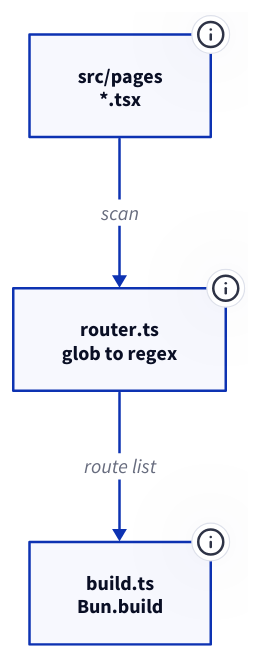
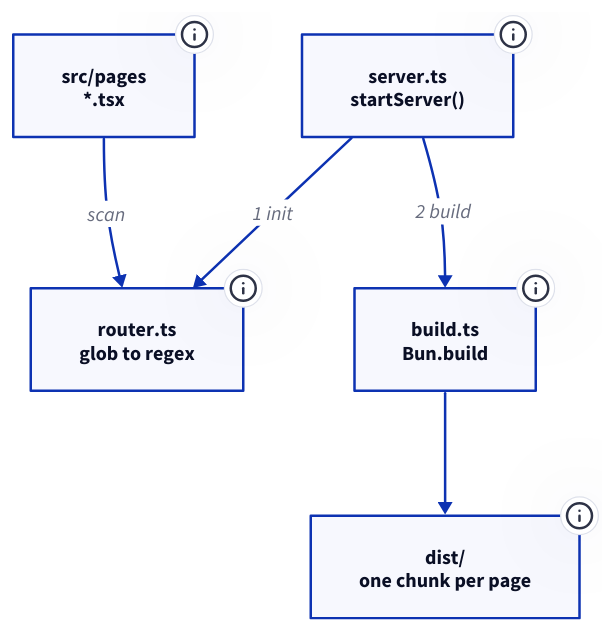
One commit to kunalgoesbyken/portfoliov1 changed the diagram in data/projects/diagrams/un-nexted-routes.d2. Above: the diagram before and after it, drawn with D2. The commit also changed 50 other files, not shown here.

First line of the commit message:
Fill the column with every architecture diagram

```diff
--- a/data/projects/diagrams/un-nexted-routes.d2
+++ b/data/projects/diagrams/un-nexted-routes.d2
@@ -1,17 +1,29 @@
 pages: src/pages\n*.tsx {
   class: store
   tooltip: "The app code. index.tsx is /, about.tsx is /about and blog/[slug].tsx is a dynamic route. _app.tsx, _document.tsx and nested files that start with an underscore are skipped."
+}
+
+server: server.ts\nstartServer() {
+  class: client
+  tooltip: "Runs once when the server starts. It initialises the router first, then calls buildClient(), so routes and client chunks are ready before the first request."
 }
 
 router: router.ts\nglob to regex {
   class: service
   tooltip: "Bun.Glob scans src/pages once at startup. Each file becomes a URL pattern compiled to a regular expression with a capture group per [param], and match() returns the first route that fits along with its params."
 }
 
 build: build.ts\nBun.build {
   class: service
   tooltip: "Bundles client.tsx for the browser as ES modules with code splitting. A plugin supplies the virtual module unnexted:pages, a map from each page's file path to a literal import(), so every page becomes its own chunk in dist/. It runs at every server start."
 }
 
+dist: dist/\none chunk per page {
+  class: store
+  tooltip: "The bundle Bun.build writes: client.tsx as ES modules plus one chunk per page, split by the literal import() calls in unnexted:pages."
+}
+
+server -> router: 1 init
+server -> build: 2 build
 pages -> router: scan
-router -> build: route list
+build -> dist
```
